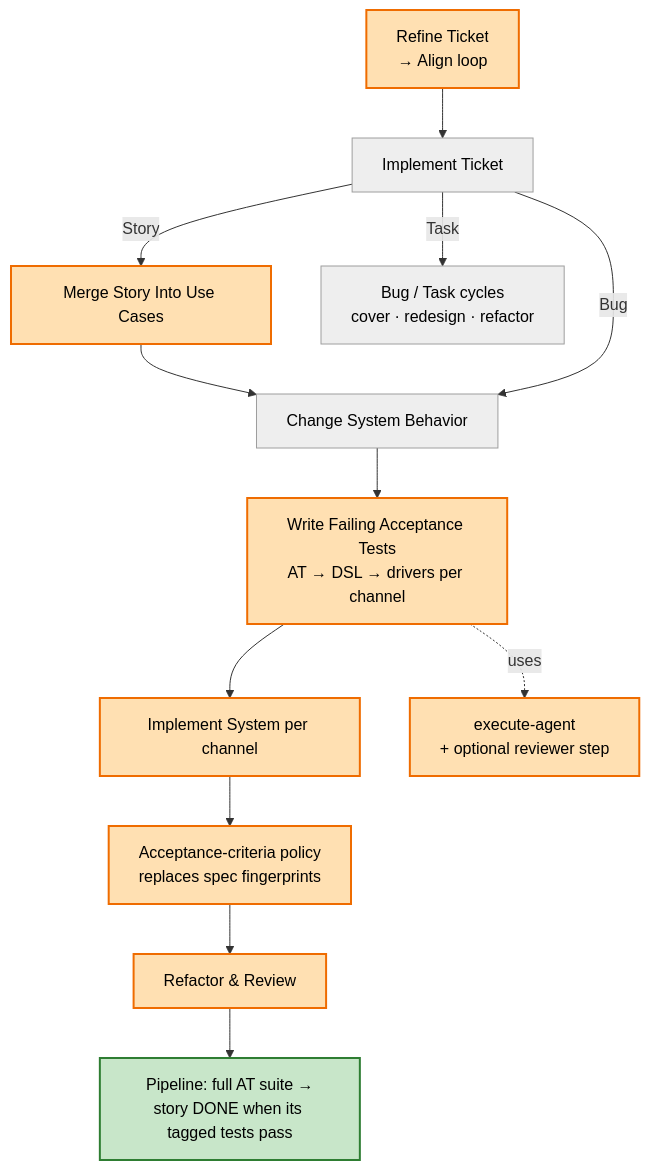
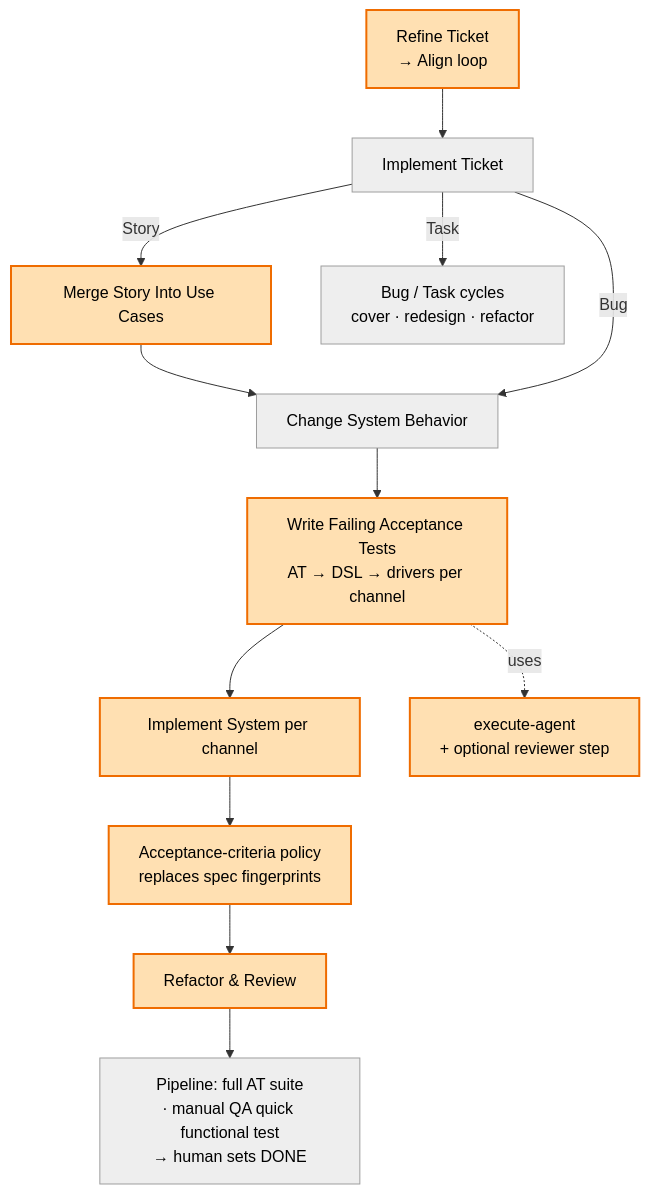
One commit to optivem/gh-optivem changed the second of 11 diagrams in plans/20261109-1219-improved-atdd-process-flow.md. Above: the diagram before and after it, drawn with Mermaid. The commit also changed other lines of this file and 9 other files, not shown here.

````diff
--- a/plans/20261109-1219-improved-atdd-process-flow.md
+++ b/plans/20261109-1219-improved-atdd-process-flow.md
@@ -53,29 +53,29 @@
 ```mermaid
 flowchart TD
     REFINE_TICKET[Refine Ticket<br/>→ Align loop]
     IMPLEMENT_TICKET[Implement Ticket]
     MERGE[Merge Story Into Use Cases]
     CSB[Change System Behavior]
     RED[Write Failing Acceptance Tests<br/>AT → DSL → drivers per channel]
     GREEN[Implement System per channel]
     AC_POLICY[Acceptance-criteria policy<br/>replaces spec fingerprints]
     REFACTOR[Refactor &amp; Review]
     EXEC_AGENT[execute-agent<br/>+ optional reviewer step]
-    PIPE[Pipeline: full AT suite →<br/>story DONE when its tagged tests pass]
+    PIPE[Pipeline: full AT suite<br/>· manual QA quick functional test<br/>→ human sets DONE]
     OTHER[Bug / Task cycles<br/>cover · redesign · refactor]
 
     REFINE_TICKET --> IMPLEMENT_TICKET
     IMPLEMENT_TICKET -- Story --> MERGE --> CSB
     IMPLEMENT_TICKET -- Bug --> CSB
     IMPLEMENT_TICKET -- Task --> OTHER
     CSB --> RED --> GREEN --> AC_POLICY --> REFACTOR
     RED -. uses .-> EXEC_AGENT
     REFACTOR --> PIPE
 
     classDef unchanged fill:#eeeeee,stroke:#9e9e9e,color:#000
     classDef changed fill:#ffe0b2,stroke:#ef6c00,stroke-width:2px,color:#000
     classDef new fill:#c8e6c9,stroke:#2e7d32,stroke-width:2px,color:#000
     class IMPLEMENT_TICKET,CSB,OTHER unchanged
     class REFINE_TICKET,MERGE,RED,GREEN,REFACTOR,EXEC_AGENT,AC_POLICY changed
-    class PIPE new
+    class PIPE unchanged
 ```
````
